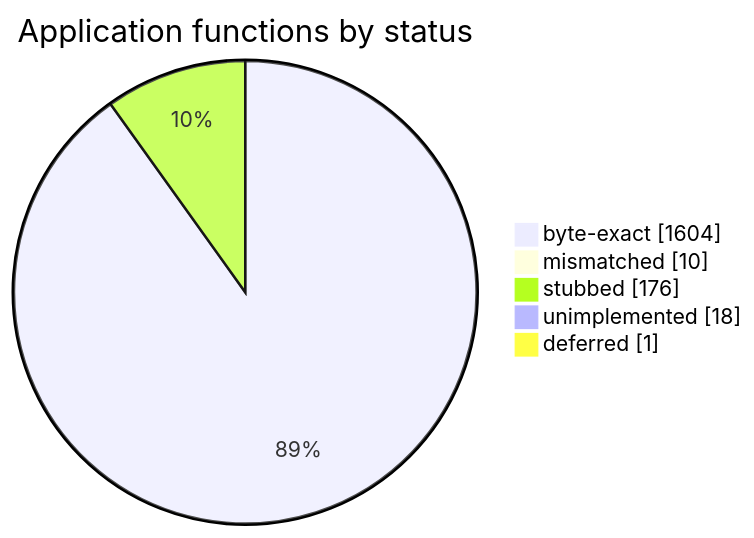
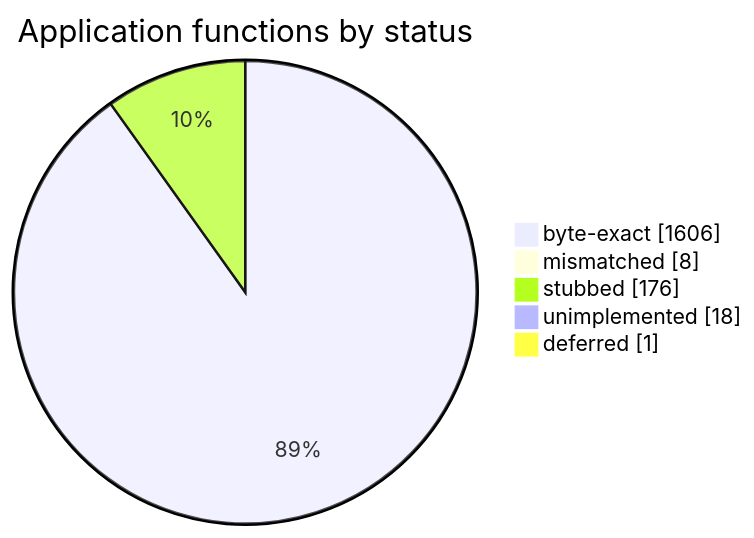
Before and after one commit to sorokya/eos: the diagram in README.md, drawn with Mermaid. The commit also changed other lines of this file and 4 other files, not shown here.

````diff
--- a/README.md
+++ b/README.md
@@ -152,9 +152,9 @@
 ```mermaid
 pie showData
     title Application functions by status
-    "byte-exact" : 1604
-    "mismatched" : 10
+    "byte-exact" : 1606
+    "mismatched" : 8
     "stubbed" : 176
     "unimplemented" : 18
     "deferred" : 1
 ```
````
